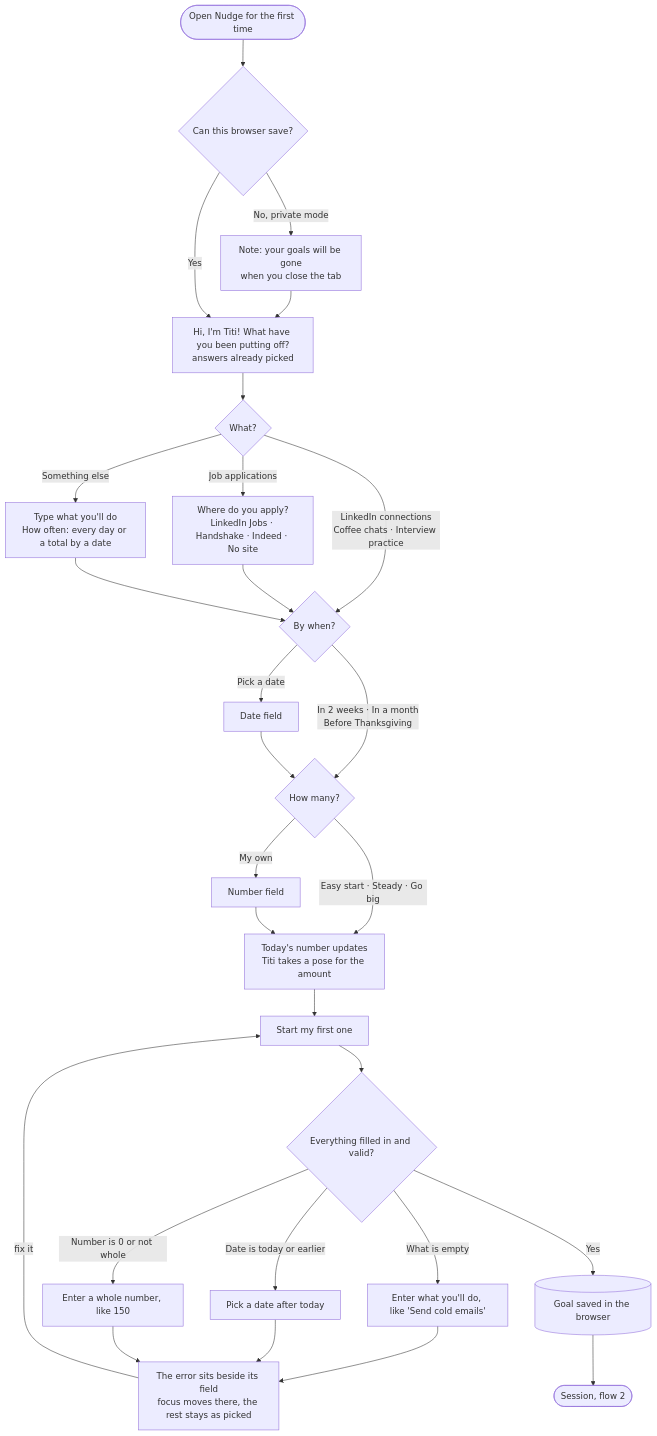
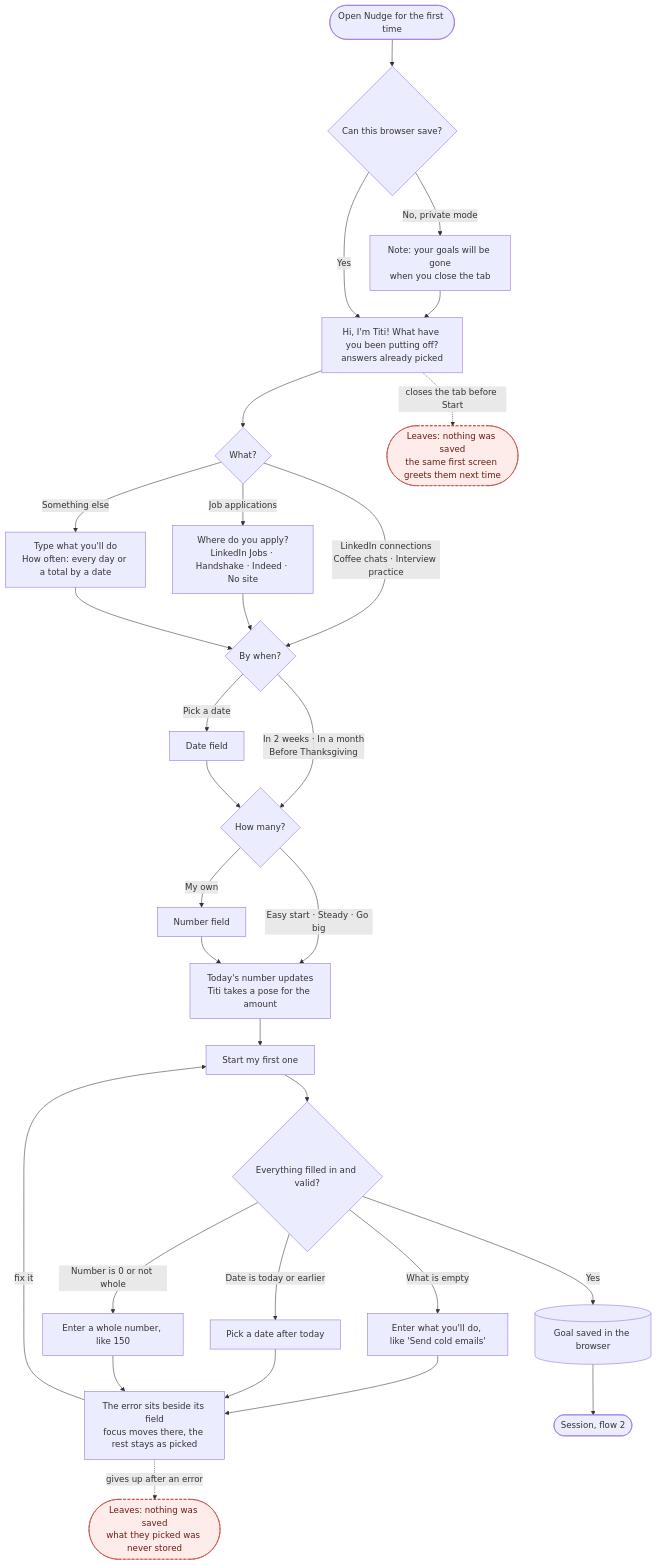
One commit to jessieyiqichen/dbs-a3 changed the second of 5 diagrams in flows.md. Above: the diagram before and after it, drawn with Mermaid. The commit also changed other lines of this file and 2 other files, not shown here.

Commit message:
docs: drop-off points in the flows; screen-reader and enough-time checks in README

````diff
--- a/flows.md
+++ b/flows.md
@@ -37,23 +42,27 @@
 ```mermaid
 flowchart TD
     A([Open Nudge for the first time]) --> CS{Can this browser save?}
     CS -->|No, private mode| XB[Note: your goals will be gone<br>when you close the tab] --> P
     CS -->|Yes| P[Hi, I'm Titi! What have you been putting off?<br>answers already picked]
     P --> Q1{What?}
     Q1 -->|LinkedIn connections<br>Coffee chats · Interview practice| Q2
     Q1 -->|Job applications| WH[Where do you apply?<br>LinkedIn Jobs · Handshake · Indeed · No site] --> Q2
     Q1 -->|Something else| W[Type what you'll do<br>How often: every day or a total by a date] --> Q2
     Q2{By when?} -->|In 2 weeks · In a month<br>Before Thanksgiving| Q3
     Q2 -->|Pick a date| PD[Date field] --> Q3
     Q3{How many?} -->|Easy start · Steady · Go big| NUM
     Q3 -->|My own| MO[Number field] --> NUM
     NUM[Today's number updates<br>Titi takes a pose for the amount] --> ST[Start my first one]
     ST --> V{Everything filled in and valid?}
     V -->|What is empty| E1[Enter what you'll do, like 'Send cold emails']
     V -->|Date is today or earlier| E2[Pick a date after today]
     V -->|Number is 0 or not whole| E3[Enter a whole number, like 150]
     E1 & E2 & E3 --> FX[The error sits beside its field<br>focus moves there, the rest stays as picked]
     FX -->|fix it| ST
+    P -.->|closes the tab before Start| X1([Leaves: nothing was saved<br>the same first screen greets them next time])
+    FX -.->|gives up after an error| X2([Leaves: nothing was saved<br>what they picked was never stored])
+    classDef drop fill:#fdecea,stroke:#c0392b,stroke-dasharray:5 3,color:#6b1d14
+    class X1,X2 drop
     V -->|Yes| SV[(Goal saved in the browser)]
     SV --> S([Session, flow 2])
 ```
````
